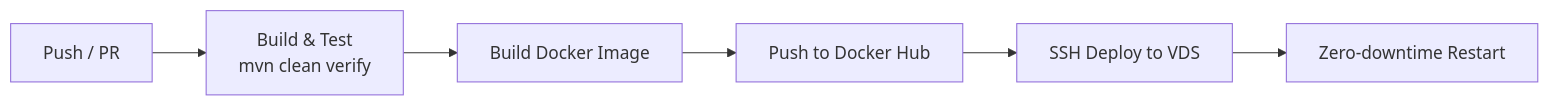
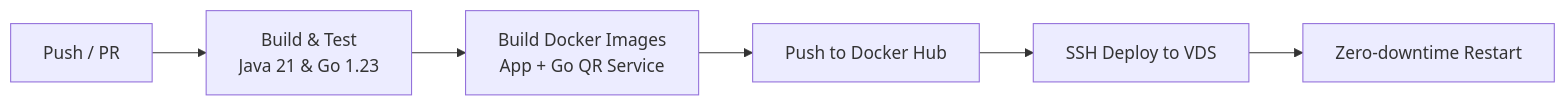
The second of 2 diagrams in README.md (AndreyJVM/portfolio-service), drawn with Mermaid before and after one commit. The commit also changed other lines of this file and 24 other files, not shown here.

````diff
--- a/README.md
+++ b/README.md
@@ -138,8 +188,8 @@
 ```mermaid
 flowchart LR
-    A[Push / PR] --> B[Build & Test<br/>mvn clean verify]
-    B --> C[Build Docker Image]
+    A[Push / PR] --> B[Build & Test<br/>Java 21 & Go 1.23]
+    B --> C[Build Docker Images<br/>App + Go QR Service]
     C --> D[Push to Docker Hub]
     D --> E[SSH Deploy to VDS]
     E --> F[Zero-downtime Restart]
 ```
````
